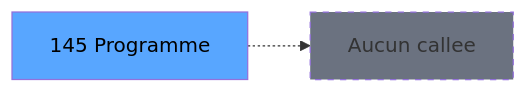
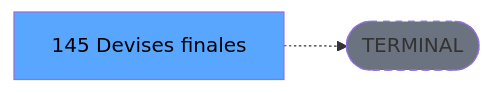
The third of 3 diagrams in .openspec/specs/ADH-IDE-145.md (thonyAGP/lecteur-magic), drawn with Mermaid before and after one commit. The commit also changed other lines of this file and 701 other files, not shown here.

````diff
--- a/.openspec/specs/ADH-IDE-145.md
+++ b/.openspec/specs/ADH-IDE-145.md
@@ -142,8 +134,8 @@
 ```mermaid
 graph LR
-    T[145 Programme]
-    NONE[Aucun callee]
-    T -.-> NONE
+    T[145 Devises finales]
+    TERM([TERMINAL])
+    T -.-> TERM
+    style TERM fill:#6b7280,stroke-dasharray: 5 5
     style T fill:#58a6ff,color:#000
-    style NONE fill:#6b7280,stroke-dasharray: 5 5
 ```
````
